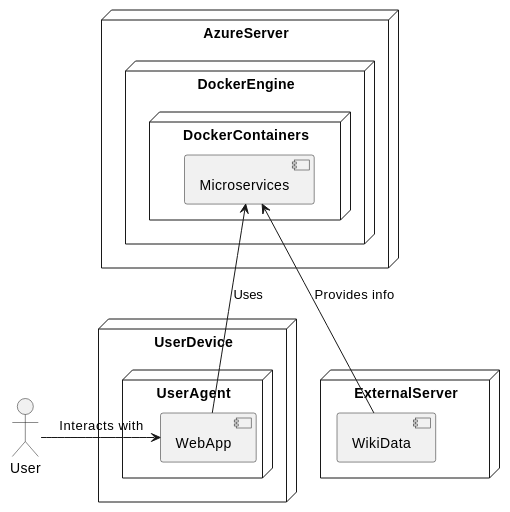
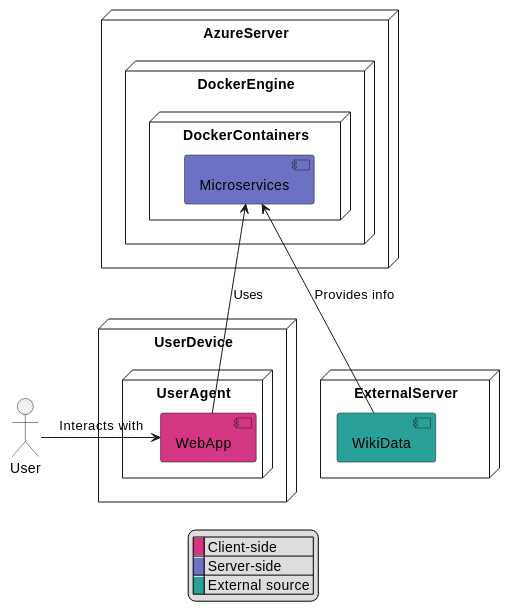
Before and after one commit to Arquisoft/wiq_es1c: the diagram in docs/src/07_deployment_view.adoc, drawn with PlantUML.

Commit message:
Updated 07

```diff
--- a/docs/src/07_deployment_view.adoc
+++ b/docs/src/07_deployment_view.adoc
@@ -22,30 +22,36 @@
 [plantuml, "infrastructure-level1", png]
 ----
 node AzureServer{
     node DockerEngine {
       node DockerContainers {
-          component Microservices
+          component Microservices #6c71c4
       }
     }
 }
 
 node ExternalServer{
-    component WikiData
+    component WikiData #2aa198
 }
 
 
 node UserDevice {
     node UserAgent {
-        component WebApp
+        component WebApp #d33682
     }
 }
 
 Actor User
 
 
 User -right-> WebApp : "Interacts with"
 
 WebApp -up-> Microservices: "Uses"
 
 WikiData -up-> Microservices : "Provides info"
+
+legend
+ |<back:#d33682>   </back>| Client-side |
+ |<back:#6c71c4>   </back>| Server-side |
+ |<back:#2aa198>   </back>| External source |
+endlegend
 ----
```
